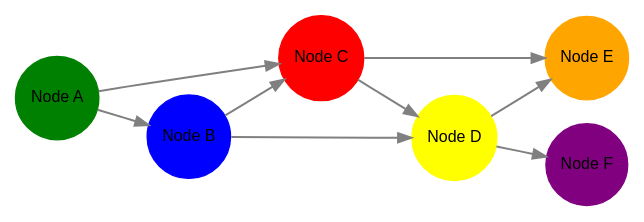
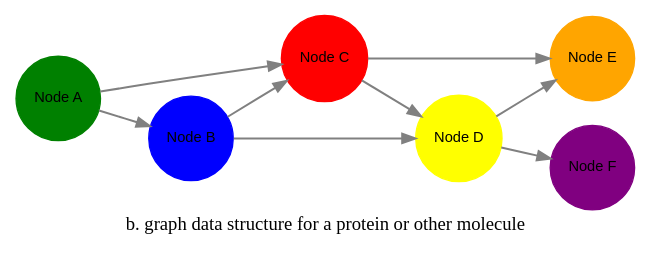
The third of 3 diagrams in GeoDeepLearnBio.adoc (KKrampis/Bioinform-Geometric-ML-Paper), drawn with Graphviz before and after one commit. The commit also changed other lines of this file, not shown here.

Commit message:
added Fig.1 as xdot, fixed Fig.2 layout and all legends

```diff
--- a/GeoDeepLearnBio.adoc
+++ b/GeoDeepLearnBio.adoc
@@ -291,25 +406,26 @@
 [graphviz, target=Fig2b, format=svg]
 ....
 digraph directedgraph {
 
+  label="b. graph data structure for a protein or other molecule"
   rankdir=LR;  
-  node [shape=circle, style=filled, color=lightblue, fontname=Arial, fontsize=12, width=0.7, height=0.7];
+  node [shape=circle, style=filled, color=lightblue, fontname=Arial, fontsize=11];
   edge [color=gray, penwidth=1.5];
 
   A [label="Node A", color=green];
   B [label="Node B", color=blue];
   C [label="Node C", color=red];
   D [label="Node D", color=yellow];
   E [label="Node E", color=orange];
   F [label="Node F", color=purple];
 
   A -> B;
   A -> C;
   B -> C;
   B -> D;
   C -> D;
   C -> E;
   D -> E;
   D -> F;
 }
 ....
```
